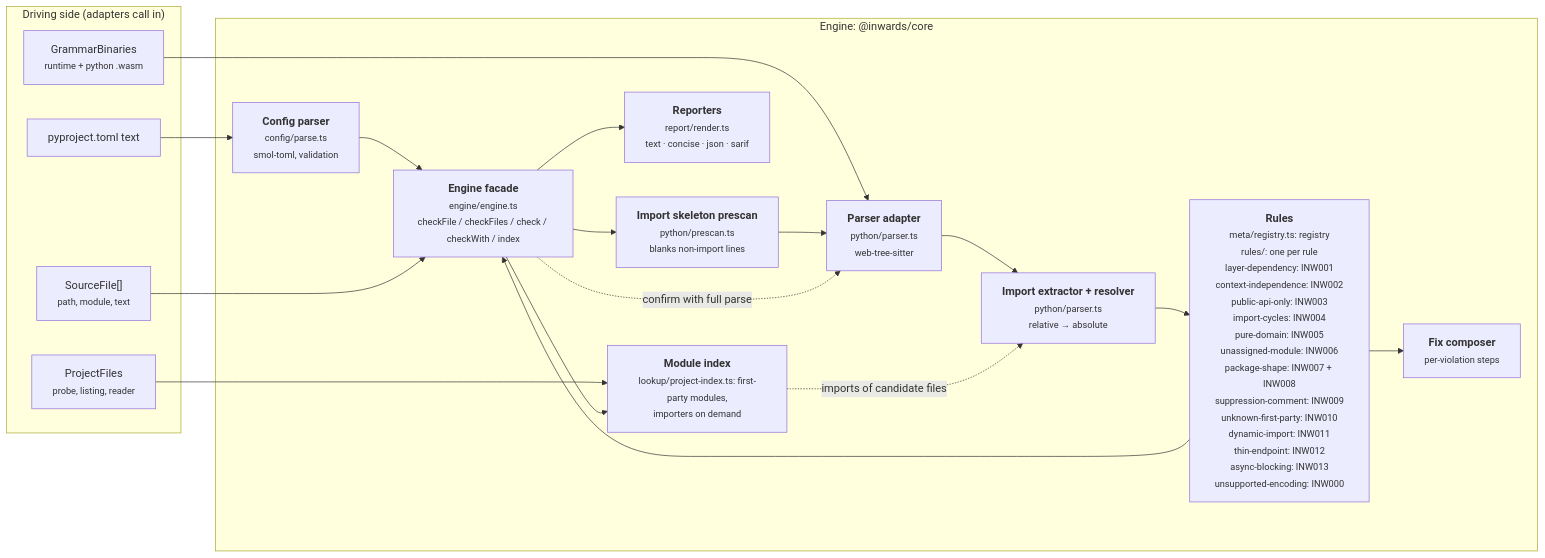
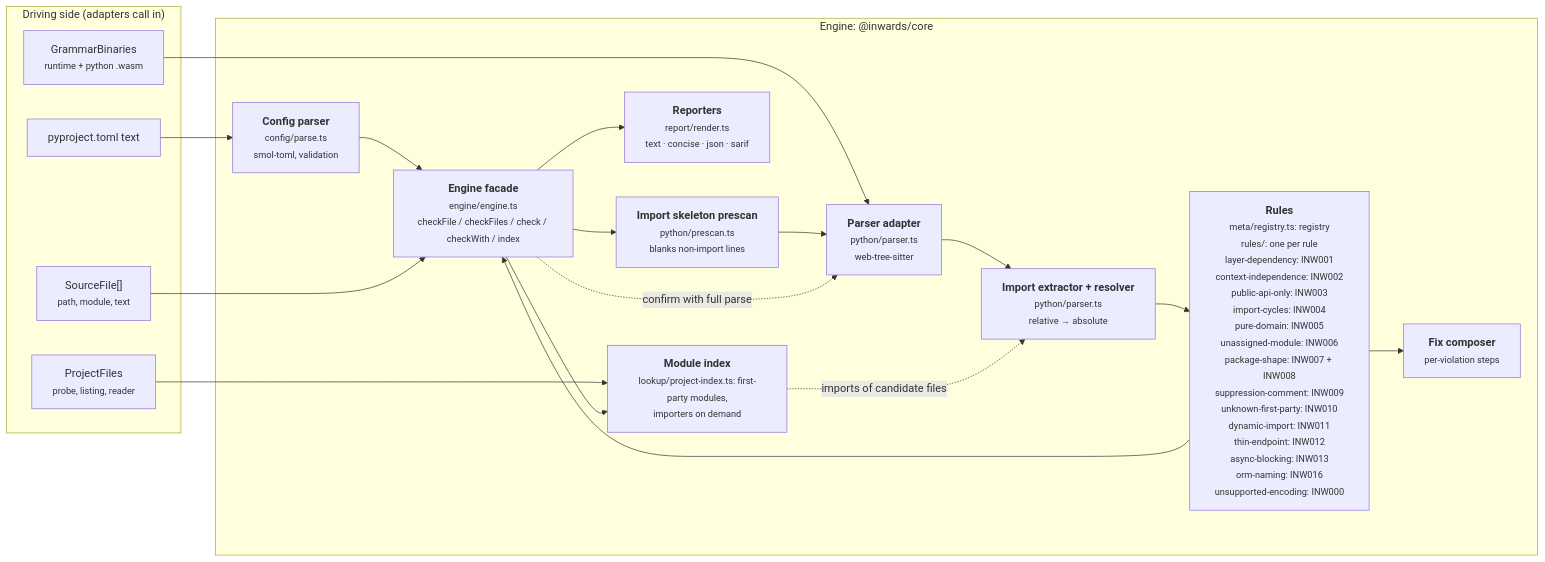
The third of 6 diagrams in docs/chapters/03-Architecture-C4.md (SirCypkowskyy/inwards), drawn with Mermaid before and after one commit. The commit also changed other lines of this file and 32 other files, not shown here.

First line of the commit message:
feat(rules): add INW016 orm-naming for table and timestamp column names

````diff
--- a/docs/chapters/03-Architecture-C4.md
+++ b/docs/chapters/03-Architecture-C4.md
@@ -105,33 +105,33 @@
 ```mermaid
 flowchart LR
     subgraph driving["Driving side (adapters call in)"]
         files["SourceFile[]<br/><small>path, module, text</small>"]
         pfiles["ProjectFiles<br/><small>probe, listing, reader</small>"]
         cfgtext["pyproject.toml text"]
         wasm["GrammarBinaries<br/><small>runtime + python .wasm</small>"]
     end
 
     subgraph enginebox["Engine: @inwards/core"]
         config["<b>Config parser</b><br/><small>config/parse.ts<br/>smol-toml, validation</small>"]
         pre["<b>Import skeleton prescan</b><br/><small>python/prescan.ts<br/>blanks non-import lines</small>"]
         parser["<b>Parser adapter</b><br/><small>python/parser.ts<br/>web-tree-sitter</small>"]
         extract["<b>Import extractor + resolver</b><br/><small>python/parser.ts<br/>relative → absolute</small>"]
-        rules["<b>Rules</b><br/><small>meta/registry.ts: registry<br/>rules/: one per rule<br/>layer-dependency: INW001<br/>context-independence: INW002<br/>public-api-only: INW003<br/>import-cycles: INW004<br/>pure-domain: INW005<br/>unassigned-module: INW006<br/>package-shape: INW007 + INW008<br/>suppression-comment: INW009<br/>unknown-first-party: INW010<br/>dynamic-import: INW011<br/>thin-endpoint: INW012<br/>async-blocking: INW013<br/>unsupported-encoding: INW000</small>"]
+        rules["<b>Rules</b><br/><small>meta/registry.ts: registry<br/>rules/: one per rule<br/>layer-dependency: INW001<br/>context-independence: INW002<br/>public-api-only: INW003<br/>import-cycles: INW004<br/>pure-domain: INW005<br/>unassigned-module: INW006<br/>package-shape: INW007 + INW008<br/>suppression-comment: INW009<br/>unknown-first-party: INW010<br/>dynamic-import: INW011<br/>thin-endpoint: INW012<br/>async-blocking: INW013<br/>orm-naming: INW016<br/>unsupported-encoding: INW000</small>"]
         fix["<b>Fix composer</b><br/><small>per-violation steps</small>"]
         report["<b>Reporters</b><br/><small>report/render.ts<br/>text · concise · json · sarif</small>"]
         engine["<b>Engine facade</b><br/><small>engine/engine.ts<br/>checkFile / checkFiles / check / checkWith / index</small>"]
         modgraph["<b>Module index</b><br/><small>lookup/project-index.ts: first-party modules,<br/>importers on demand</small>"]
     end
 
     cfgtext --> config --> engine
     wasm --> parser
     files --> engine
     engine --> pre --> parser --> extract --> rules
     rules --> fix
     rules --> engine
     engine -. "confirm with full parse" .-> parser
     pfiles --> modgraph
     engine --> modgraph
     modgraph -. "imports of candidate files" .-> extract
     engine --> report
 ```
````
